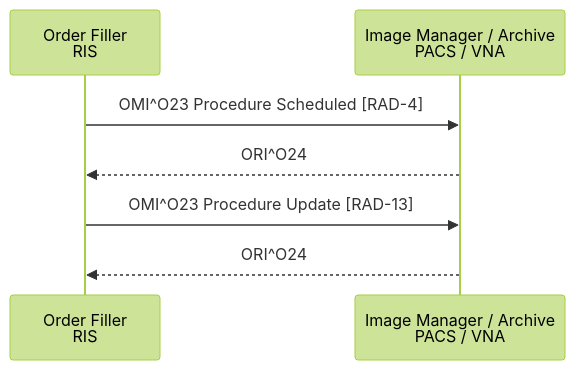
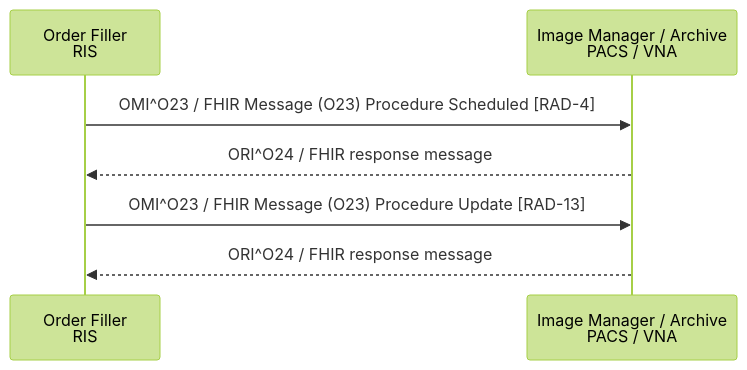
One commit to KevinMayfield/Imaging changed the diagram in input/pagecontent/RAD-4.md. Above: the diagram before and after it, drawn with Mermaid (forest theme). The commit also changed other lines of this file and 5 other files, not shown here.

First line of the commit message:
Add Procedure Scheduled (O23) and Imaging Result (R01) FHIR Messages

````diff
--- a/input/pagecontent/RAD-4.md
+++ b/input/pagecontent/RAD-4.md
@@ -27,9 +27,9 @@
 ```mermaid
 sequenceDiagram
     participant OF as Order Filler<br/>RIS
     participant IM as Image Manager / Archive<br/>PACS / VNA
-    OF ->> IM: OMI^O23 Procedure Scheduled [RAD-4]
-    IM -->> OF: ORI^O24
-    OF ->> IM: OMI^O23 Procedure Update [RAD-13]
-    IM -->> OF: ORI^O24
+    OF ->> IM: OMI^O23 / FHIR Message (O23) Procedure Scheduled [RAD-4]
+    IM -->> OF: ORI^O24 / FHIR response message
+    OF ->> IM: OMI^O23 / FHIR Message (O23) Procedure Update [RAD-13]
+    IM -->> OF: ORI^O24 / FHIR response message
 ```
````
